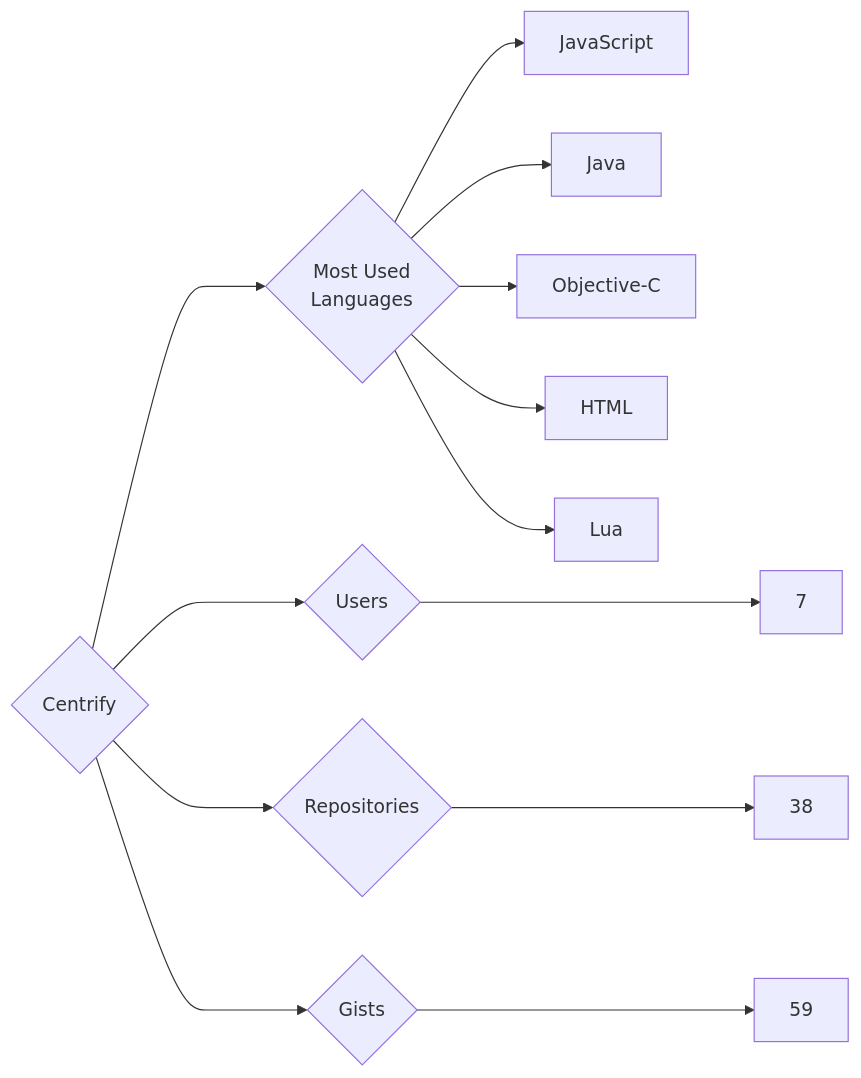
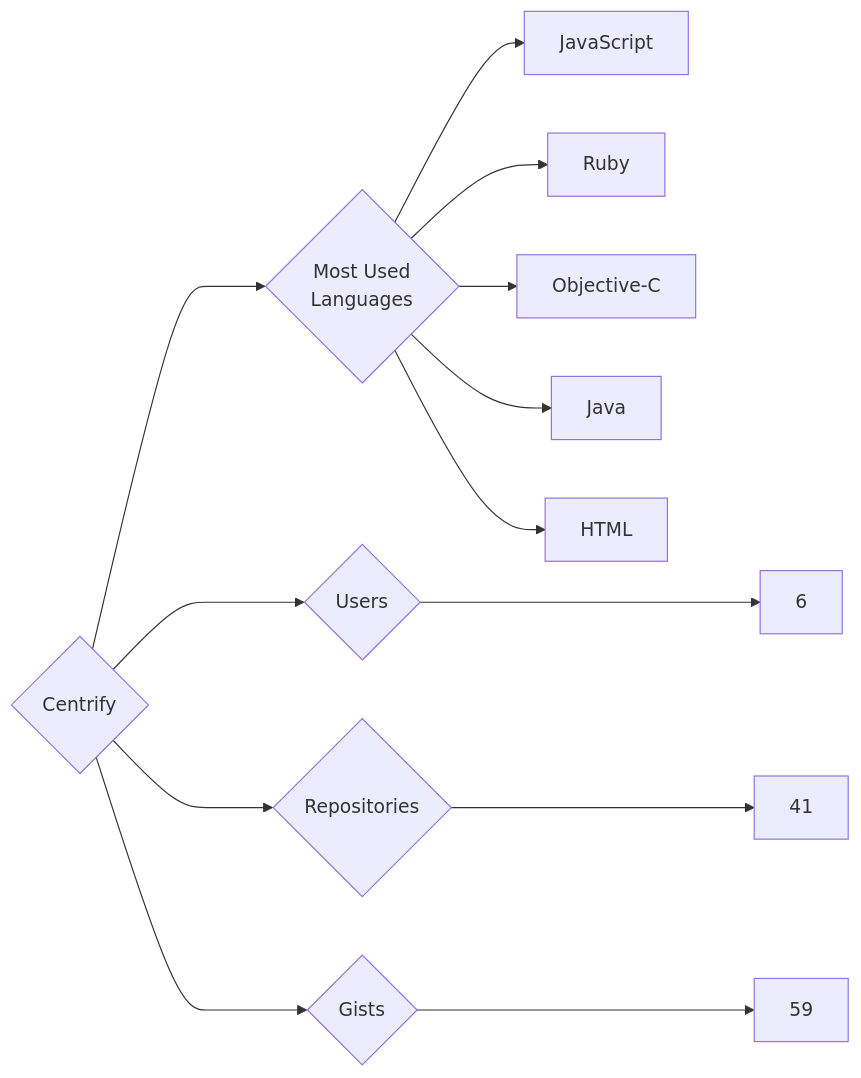
One commit to trickest/insiders changed the diagram in targets/Centrify/README.md. Above: the diagram before and after it, drawn with Mermaid. The commit also changed 815 other files, not shown here.

````diff
--- a/targets/Centrify/README.md
+++ b/targets/Centrify/README.md
@@ -3,13 +3,13 @@
 ```mermaid
 graph LR
 COMPANY_NAME{Centrify}
-COMPANY_NAME ---> U{Users} ---> UN[7]
-COMPANY_NAME ---> R{Repositories} ---> RN[38]
+COMPANY_NAME ---> U{Users} ---> UN[6]
+COMPANY_NAME ---> R{Repositories} ---> RN[41]
 COMPANY_NAME ---> G{Gists} ---> GN[59]
 COMPANY_NAME ---> ML{Most Used<br>Languages}
 ML --> JavaScript[JavaScript]
+ML --> Ruby[Ruby]
+ML --> Objective-C[Objective-C]
 ML --> Java[Java]
-ML --> Objective-C[Objective-C]
 ML --> HTML[HTML]
-ML --> Lua[Lua]
 ```
````
